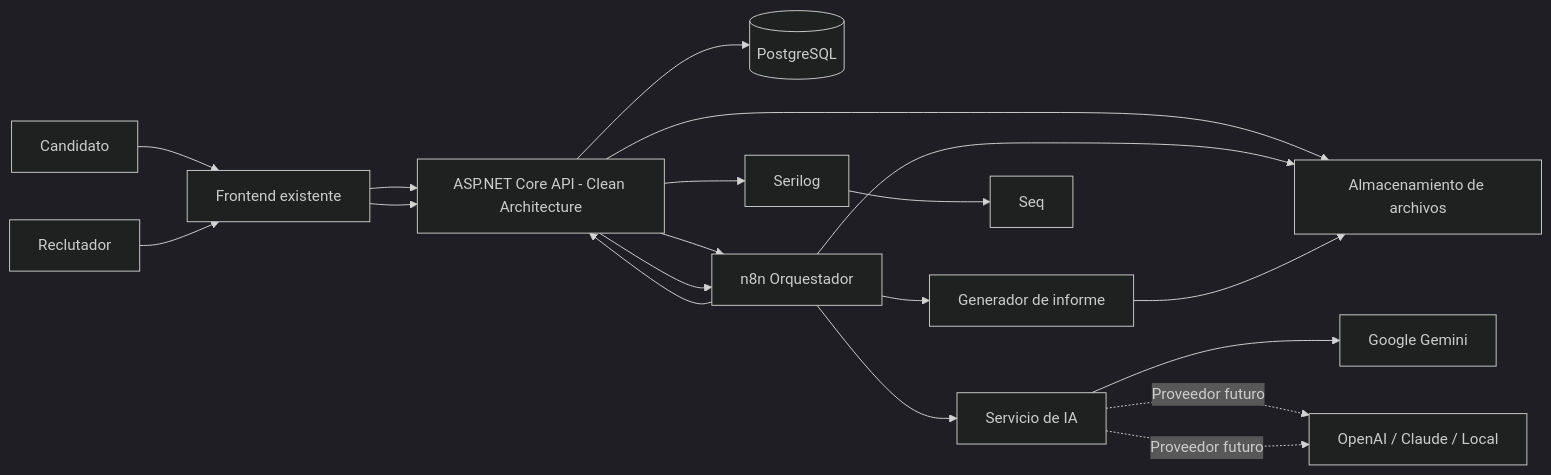
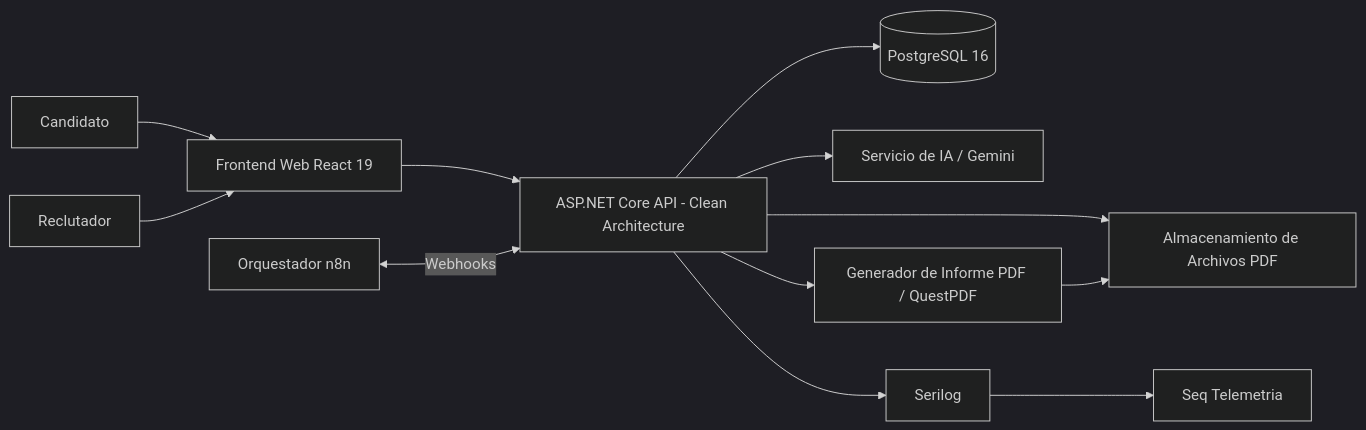
The first of 5 diagrams in docs/sdd.md (JspaNexo/azure-ats), drawn with Mermaid (dark theme) before and after one commit. The commit also changed other lines of this file and 2 other files, not shown here.

````diff
--- a/docs/sdd.md
+++ b/docs/sdd.md
@@ -143,27 +143,18 @@
 ```mermaid
 flowchart LR
-    C[Candidato] --> FE[Frontend existente]
+    C[Candidato] --> FE[Frontend Web React 19]
     R[Reclutador] --> FE
 
-    FE --> API[ASP.NET Core API]
     FE --> API[ASP.NET Core API - Clean Architecture]
 
-    API --> DB[(PostgreSQL)]
-    API --> FS[Almacenamiento de archivos]
-    API --> N8N[n8n]
-    API --> N8N[n8n Orquestador]
-
-    N8N --> API
-    N8N --> FS
-    N8N --> AI[Servicio de IA]
-
-    AI --> GEMINI[Google Gemini]
-    AI -. Proveedor futuro .-> OTHER[Otro proveedor]
-    AI -. Proveedor futuro .-> OTHER[OpenAI / Claude / Local]
-
-    N8N --> REPORT[Generador de informe]
+    API --> DB[(PostgreSQL 16)]
+    API --> FS[Almacenamiento de Archivos PDF]
+    API --> AI[Servicio de IA / Gemini]
+    API --> REPORT[Generador de Informe PDF / QuestPDF]
     REPORT --> FS
 
+    N8N[Orquestador n8n] <-->|"Webhooks"| API
+
     API --> LOG[Serilog]
-    LOG --> SEQ[Seq]
+    LOG --> SEQ[Seq Telemetria]
 ```
````
